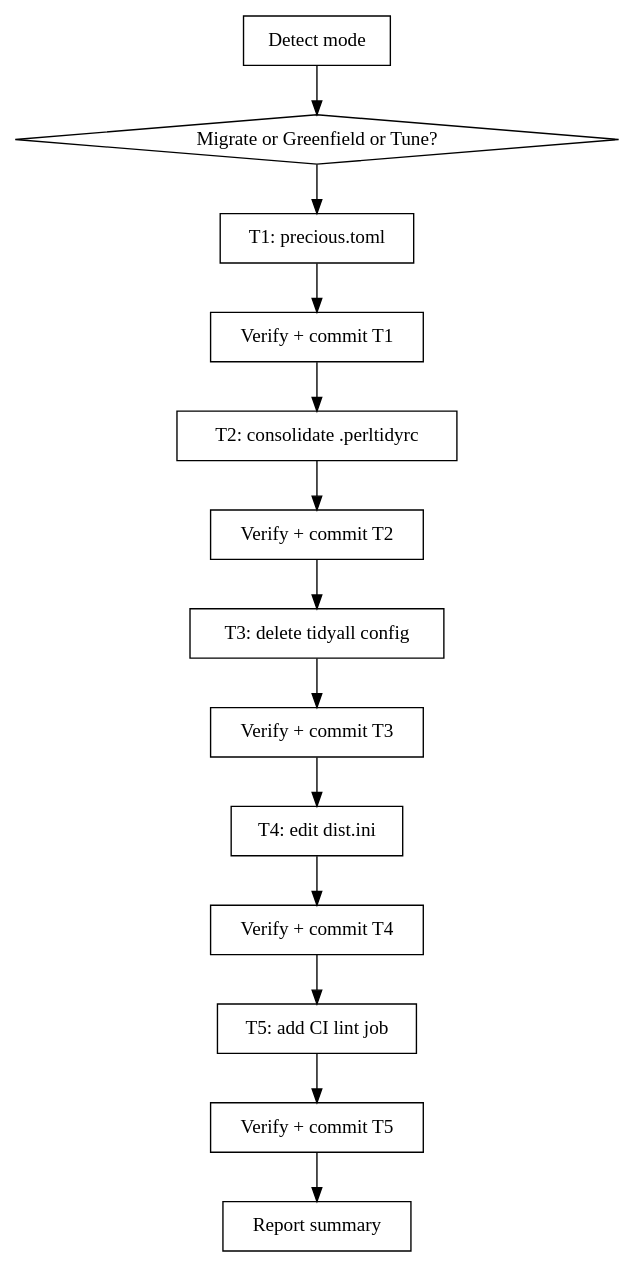
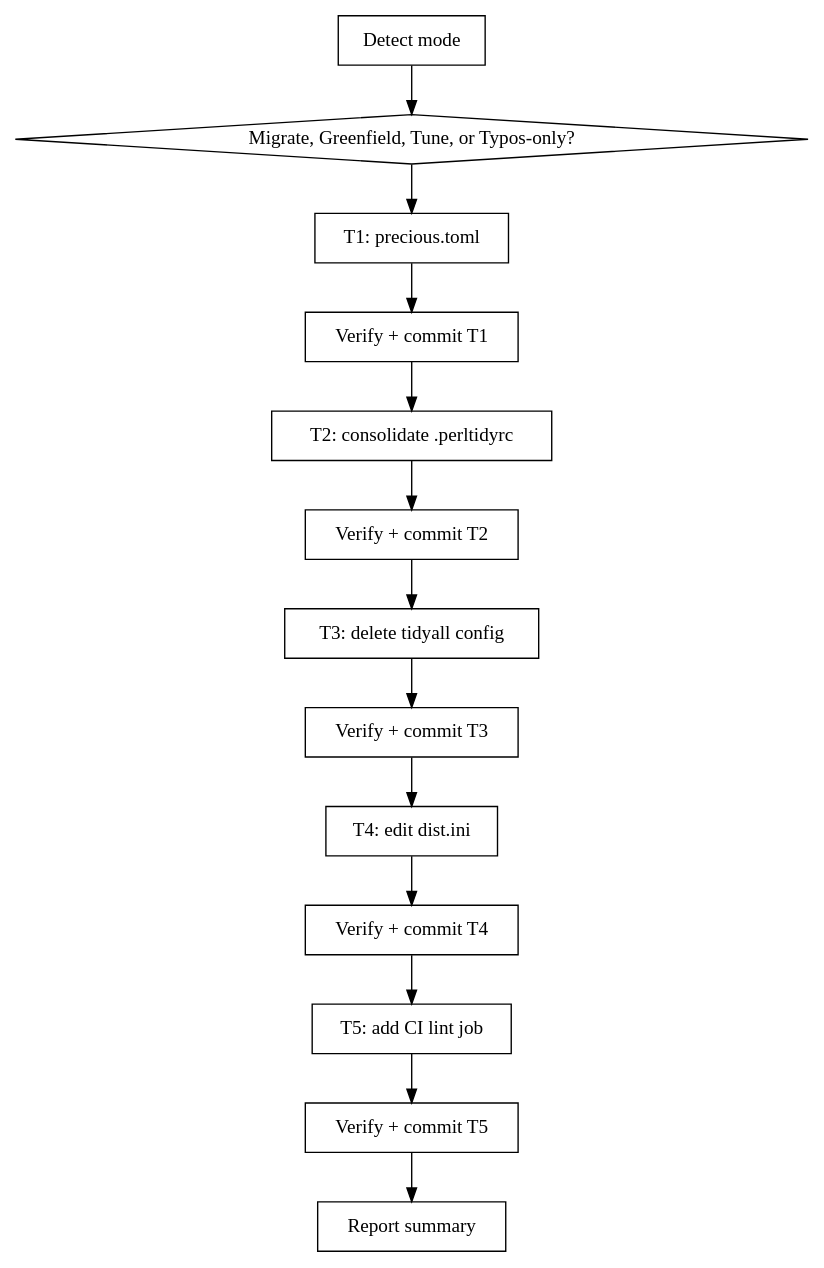
The diagram in skills/tune-precious/SKILL.md (oalders/kitchen-sink), drawn with Graphviz before and after one commit. The commit also changed other lines of this file and 2 other files, not shown here.

First line of the commit message:
tune-precious: add typos as wireable command (closes #7) (#8)

````diff
--- a/skills/tune-precious/SKILL.md
+++ b/skills/tune-precious/SKILL.md
@@ -61,30 +62,30 @@
 ```dot
 digraph tune_precious {
     "Detect mode" [shape=box];
-    "Migrate or Greenfield or Tune?" [shape=diamond];
+    "Migrate, Greenfield, Tune, or Typos-only?" [shape=diamond];
     "T1: precious.toml" [shape=box];
     "Verify + commit T1" [shape=box];
     "T2: consolidate .perltidyrc" [shape=box];
     "Verify + commit T2" [shape=box];
     "T3: delete tidyall config" [shape=box];
     "Verify + commit T3" [shape=box];
     "T4: edit dist.ini" [shape=box];
     "Verify + commit T4" [shape=box];
     "T5: add CI lint job" [shape=box];
     "Verify + commit T5" [shape=box];
     "Report summary" [shape=box];
 
-    "Detect mode" -> "Migrate or Greenfield or Tune?";
-    "Migrate or Greenfield or Tune?" -> "T1: precious.toml";
+    "Detect mode" -> "Migrate, Greenfield, Tune, or Typos-only?";
+    "Migrate, Greenfield, Tune, or Typos-only?" -> "T1: precious.toml";
     "T1: precious.toml" -> "Verify + commit T1";
     "Verify + commit T1" -> "T2: consolidate .perltidyrc";
     "T2: consolidate .perltidyrc" -> "Verify + commit T2";
     "Verify + commit T2" -> "T3: delete tidyall config";
     "T3: delete tidyall config" -> "Verify + commit T3";
     "Verify + commit T3" -> "T4: edit dist.ini";
     "T4: edit dist.ini" -> "Verify + commit T4";
     "Verify + commit T4" -> "T5: add CI lint job";
     "T5: add CI lint job" -> "Verify + commit T5";
     "Verify + commit T5" -> "Report summary";
 }
 ```
````
